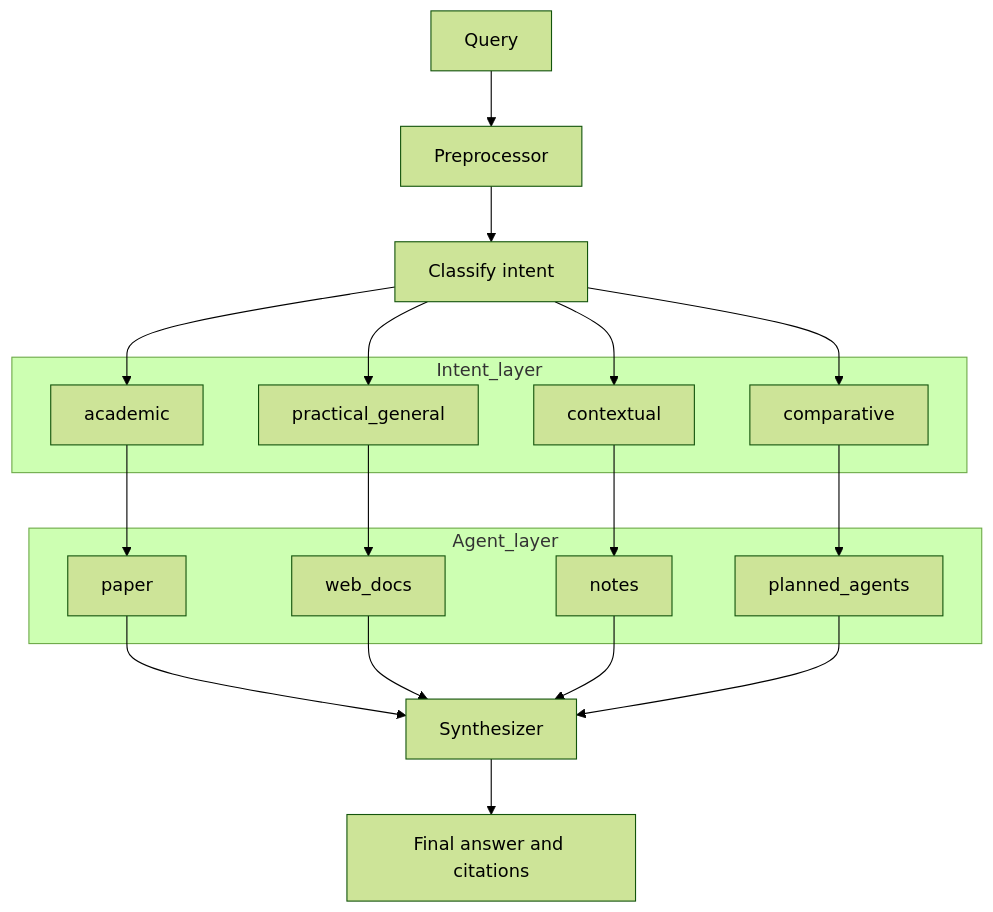
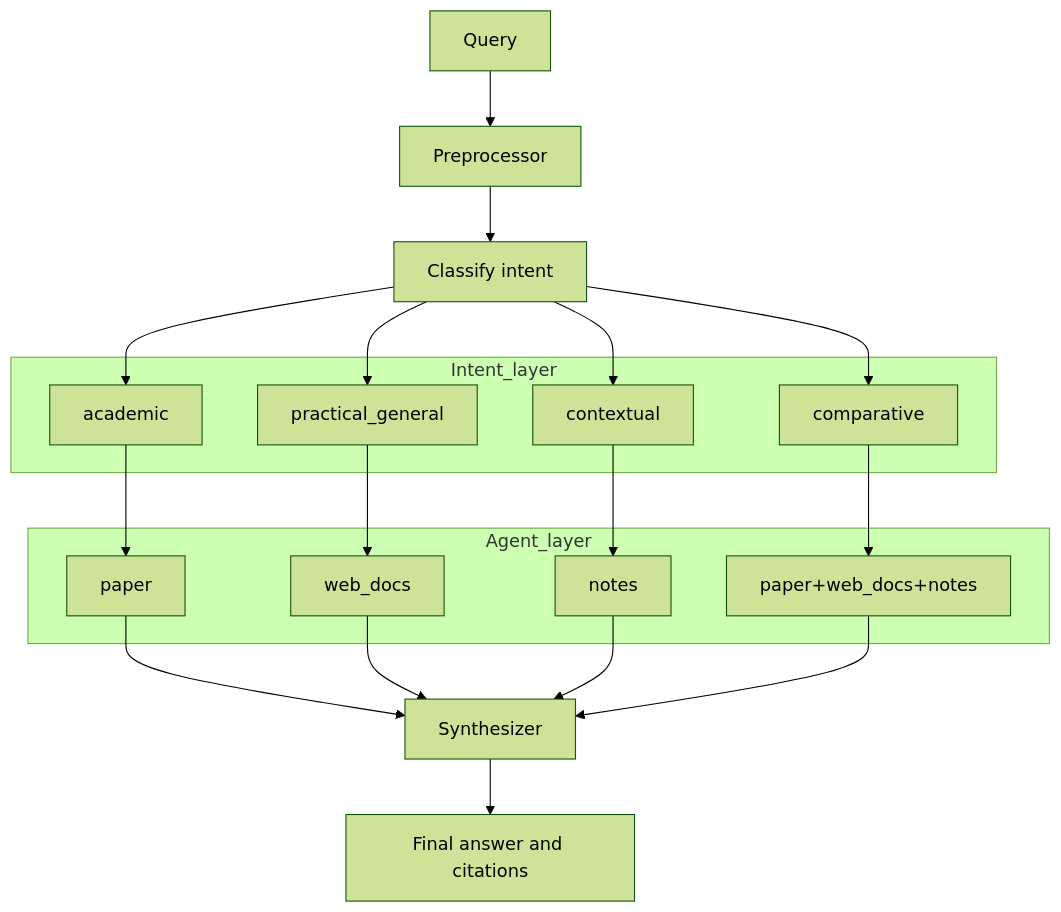
Before and after one commit to Artsplendr/AgenticAI-Router-AI-Research-Copilot: the diagram in README.md, drawn with Mermaid (forest theme).

````diff
--- a/README.md
+++ b/README.md
@@ -45,36 +45,36 @@
 ```mermaid
 flowchart TD
     Q[Query] --> P[Preprocessor]
     P --> C[Classify intent]
 
     subgraph Intent_layer
         I1[academic]
         I2[practical_general]
         I3[contextual]
         I4[comparative]
     end
 
     C --> I1
     C --> I2
     C --> I3
     C --> I4
 
     subgraph Agent_layer
         A1[paper]
         A2[web_docs]
         A3[notes]
-        A4[planned_agents]
+        A4[paper+web_docs+notes]
     end
 
     I1 --> A1
     I2 --> A2
     I3 --> A3
     I4 --> A4
 
     A1 --> S[Synthesizer]
     A2 --> S
     A3 --> S
     A4 --> S
 
     S --> F[Final answer and citations]
 ```
````
